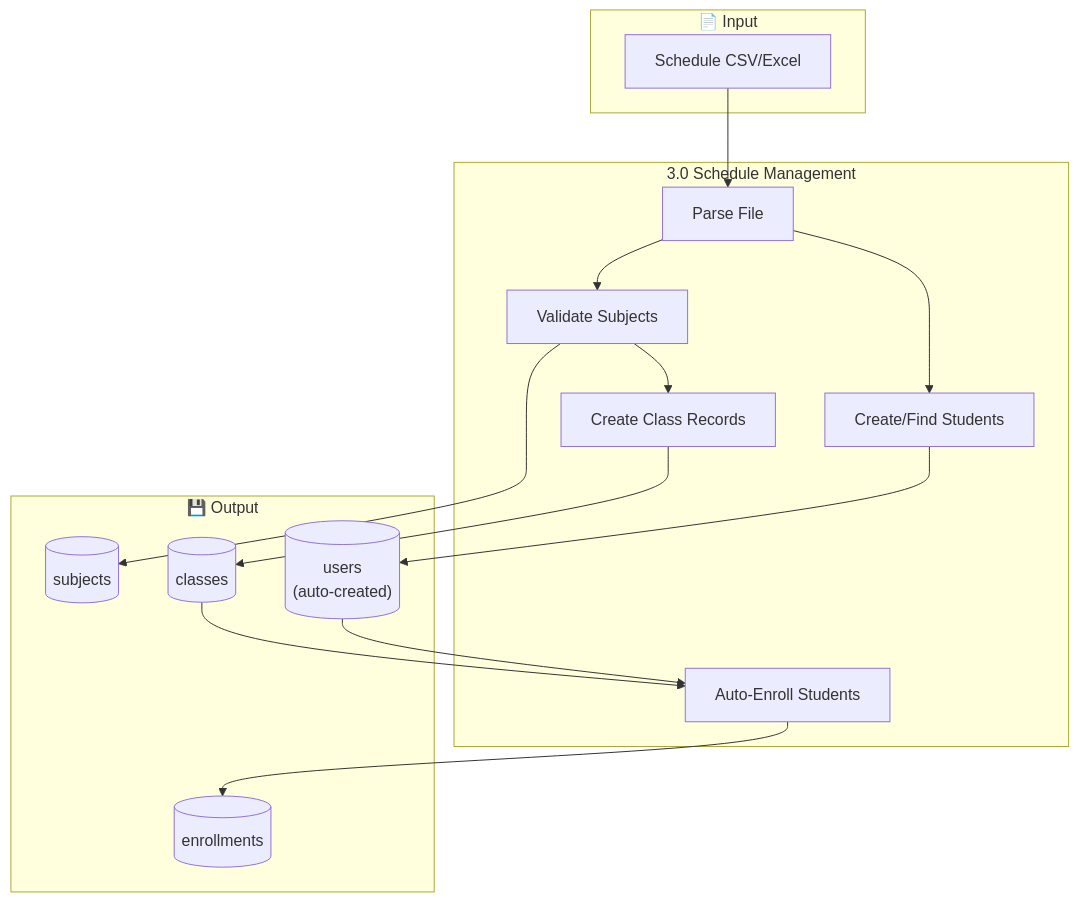
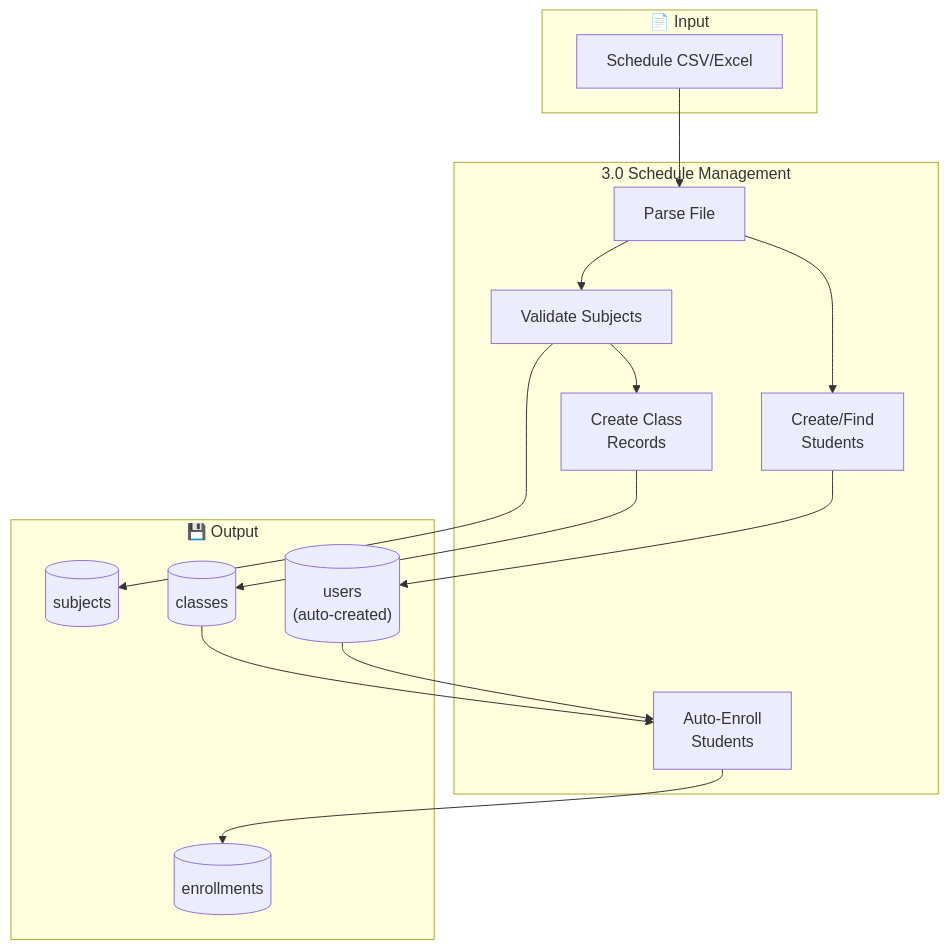
The eighth of 14 diagrams in documentation/database/FRAMES_Data_Flow_Diagram.md (EannMon/FRAMESCAPSTONE), drawn with Mermaid before and after one commit. The commit also changed other lines of this file and 1 other file, not shown here.

````diff
--- a/documentation/database/FRAMES_Data_Flow_Diagram.md
+++ b/documentation/database/FRAMES_Data_Flow_Diagram.md
@@ -252,28 +335,28 @@
 ```mermaid
 flowchart TB
     subgraph INPUT["📄 Input"]
         A1["Schedule CSV/Excel"]
     end
 
     subgraph PROCESS["3.0 Schedule Management"]
         B1["Parse File"]
         B2["Validate Subjects"]
-        B3["Create/Find Students"]
-        B4["Create Class Records"]
-        B5["Auto-Enroll Students"]
+        B3["Create/Find<br/>Students"]
+        B4["Create Class<br/>Records"]
+        B5["Auto-Enroll<br/>Students"]
     end
 
     subgraph OUTPUT["💾 Output"]
         C1[("subjects")]
-        C2[("users\n(auto-created)")]
+        C2[("users<br/>(auto-created)")]
         C3[("classes")]
         C4[("enrollments")]
     end
 
     A1 --> B1 --> B2
     B2 --> C1
     B1 --> B3 --> C2
     B2 --> B4 --> C3
     C2 --> B5
     C3 --> B5 --> C4
 ```
````
